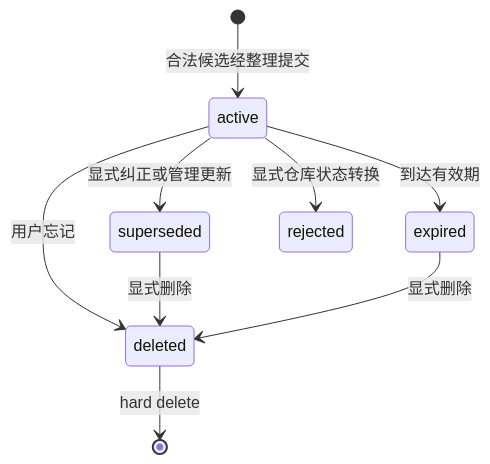
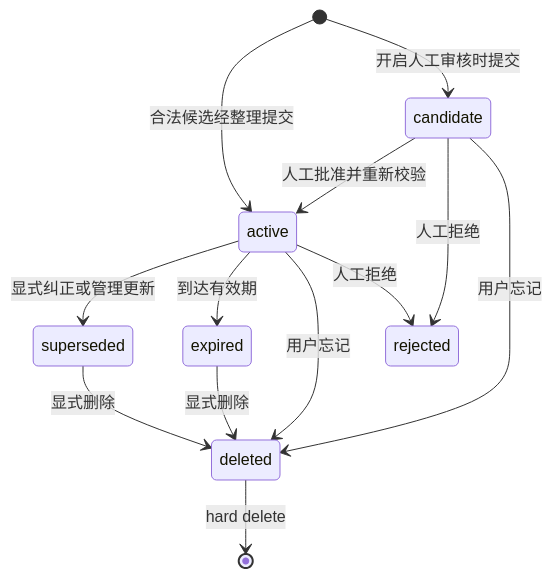
The third of 3 diagrams in Documents/native_memory_architecture.md (hylinux/shovel), drawn with Mermaid before and after one commit. The commit also changed other lines of this file and 39 other files, not shown here.

````diff
--- a/Documents/native_memory_architecture.md
+++ b/Documents/native_memory_architecture.md
@@ -471,11 +474,15 @@
 ```mermaid
 stateDiagram-v2
     [*] --> active: 合法候选经整理提交
+    [*] --> candidate: 开启人工审核时提交
+    candidate --> active: 人工批准并重新校验
+    candidate --> rejected: 人工拒绝
+    candidate --> deleted: 用户忘记
     active --> superseded: 显式纠正或管理更新
     active --> expired: 到达有效期
     active --> deleted: 用户忘记
-    active --> rejected: 显式仓库状态转换
+    active --> rejected: 人工拒绝
     superseded --> deleted: 显式删除
     expired --> deleted: 显式删除
     deleted --> [*]: hard delete
 ```
````
